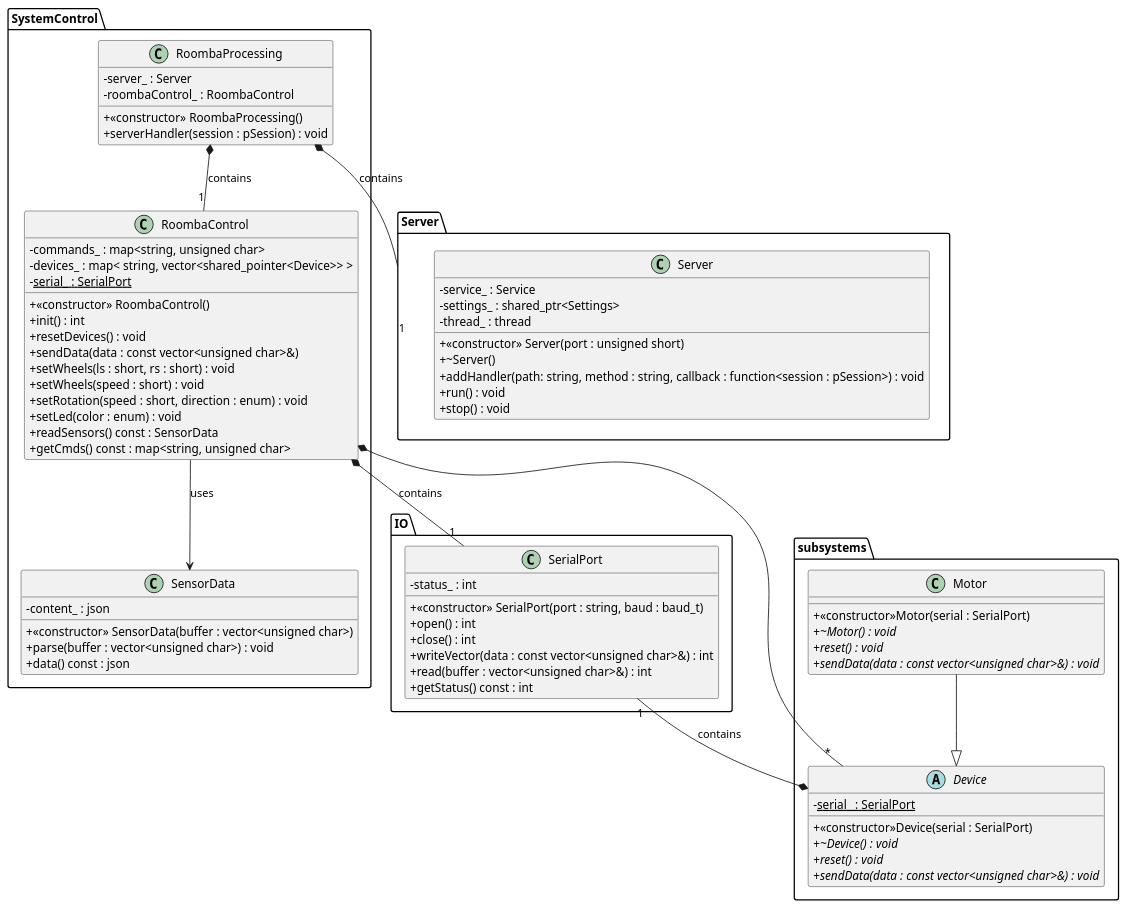
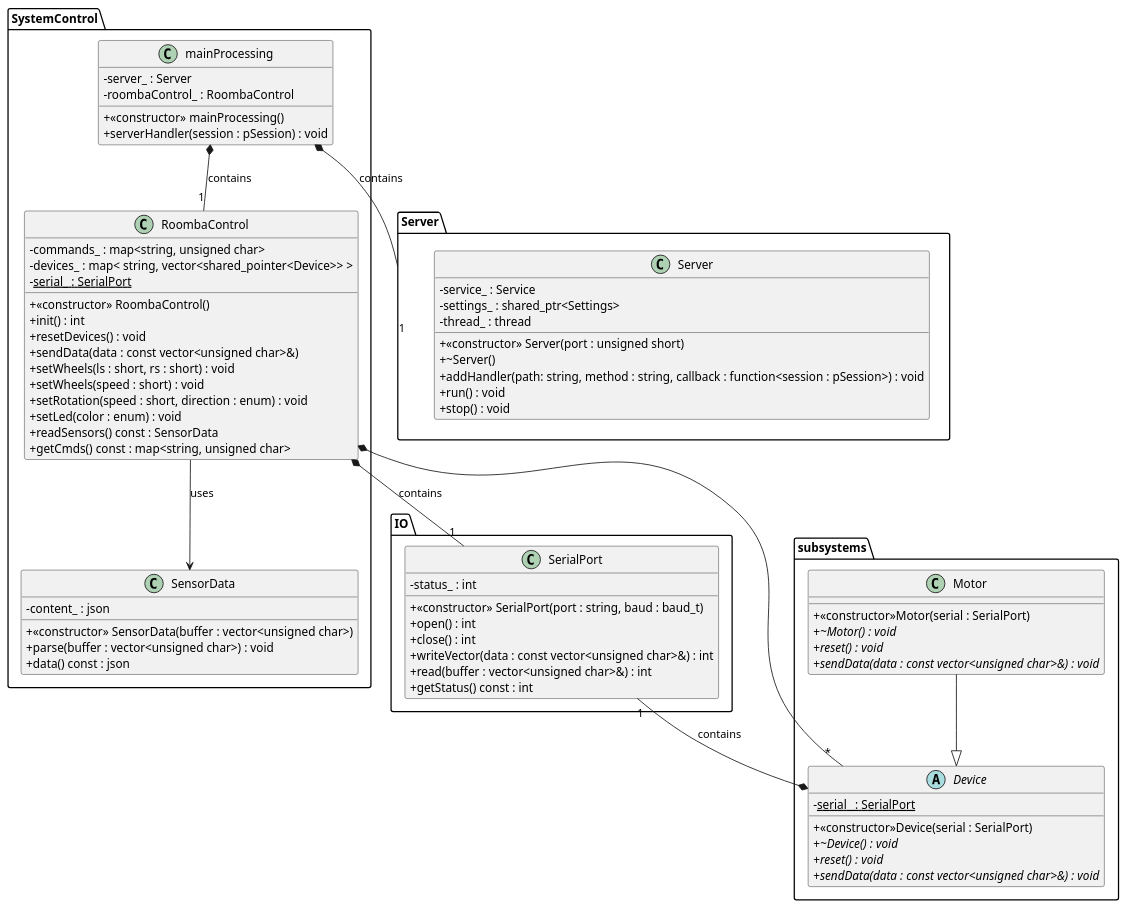
One commit to VvWijhe/Cleanify changed the diagram in UML/class_diagram.puml. Above: the diagram before and after it, drawn with PlantUML. The commit also changed 3 other files, not shown here.

```diff
--- a/UML/class_diagram.puml
+++ b/UML/class_diagram.puml
@@ -1,98 +1,98 @@
 @startuml
 
 skinparam classAttributeIconSize 0
 
 package Server {
 
 class Server {
   + <<constructor>> Server(port : unsigned short)
   + ~Server()
   + addHandler(path: string, method : string, callback : function<session : pSession>) : void
   + run() : void
   + stop() : void
 
   - service_ : Service
   - settings_ : shared_ptr<Settings>
   - thread_ : thread
 }
 
 }
 
 package SystemControl {
 
-class RoombaProcessing {
-  + <<constructor>> RoombaProcessing()
+class mainProcessing {
+  + <<constructor>> mainProcessing()
   + serverHandler(session : pSession) : void
 
   - server_ : Server
   - roombaControl_ : RoombaControl
 }
 
 class SensorData {
   + <<constructor>> SensorData(buffer : vector<unsigned char>)
   + parse(buffer : vector<unsigned char>) : void
   + data() const : json
   - content_ : json
 }
 
 class RoombaControl {
   + <<constructor>> RoombaControl()
   + init() : int
   + resetDevices() : void
   + sendData(data : const vector<unsigned char>&)
   + setWheels(ls : short, rs : short) : void
   + setWheels(speed : short) : void
   + setRotation(speed : short, direction : enum) : void
   + setLed(color : enum) : void
   + readSensors() const : SensorData
   + getCmds() const : map<string, unsigned char>
 
   - commands_ : map<string, unsigned char>
   - devices_ : map< string, vector<shared_pointer<Device>> >
   - <u>serial_ : SerialPort
 }
 
 }
 
 package IO {
 
 class SerialPort {
   + <<constructor>> SerialPort(port : string, baud : baud_t)
   + open() : int
   + close() : int
   + writeVector(data : const vector<unsigned char>&) : int
   + read(buffer : vector<unsigned char>&) : int
   + getStatus() const : int
 
   - status_ : int
 }
 
 }
 
 package subsystems {
 abstract class Device {
   + <<constructor>>Device(serial : SerialPort)
   + <i>~Device() : void
   + <i>reset() : void
   + <i>sendData(data : const vector<unsigned char>&) : void
 
   - <u>serial_ : SerialPort
 }
 
 Motor --|> Device
 class Motor {
   + <<constructor>>Motor(serial : SerialPort)
   + <i>~Motor() : void
   + <i>reset() : void
   + <i>sendData(data : const vector<unsigned char>&) : void
 }
 }
 
 SerialPort "1" --* Device : contains
-RoombaProcessing *-- "1" RoombaControl : contains
+mainProcessing *-- "1" RoombaControl : contains
 RoombaControl --> SensorData : uses
 RoombaControl *-- "*" Device
 RoombaControl *-- "1" SerialPort : contains
-RoombaProcessing *-- "1" Server : contains
+mainProcessing *-- "1" Server : contains
 
 @enduml
```
